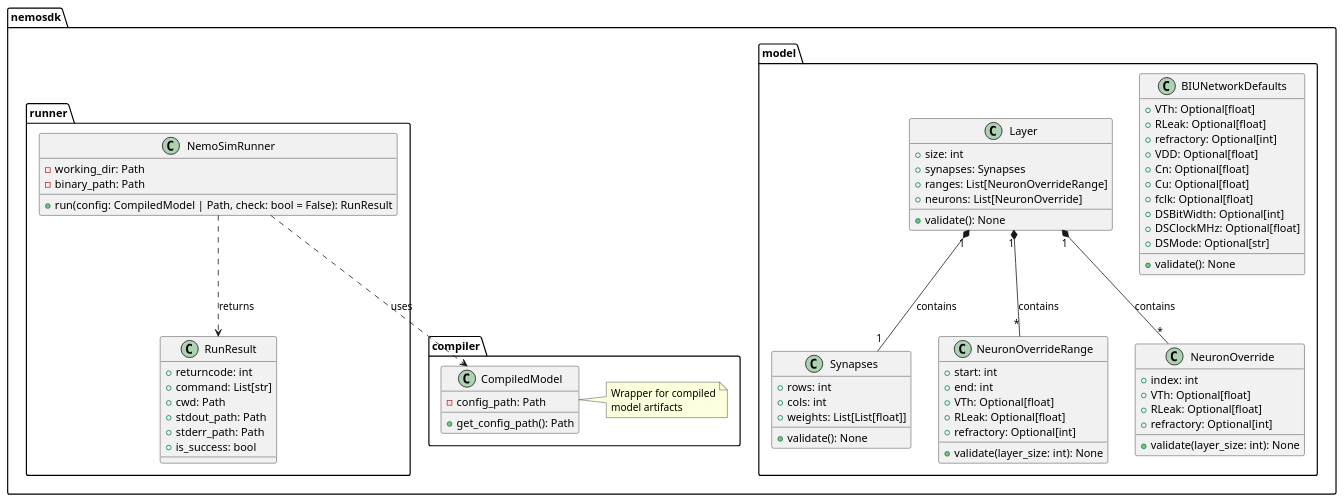
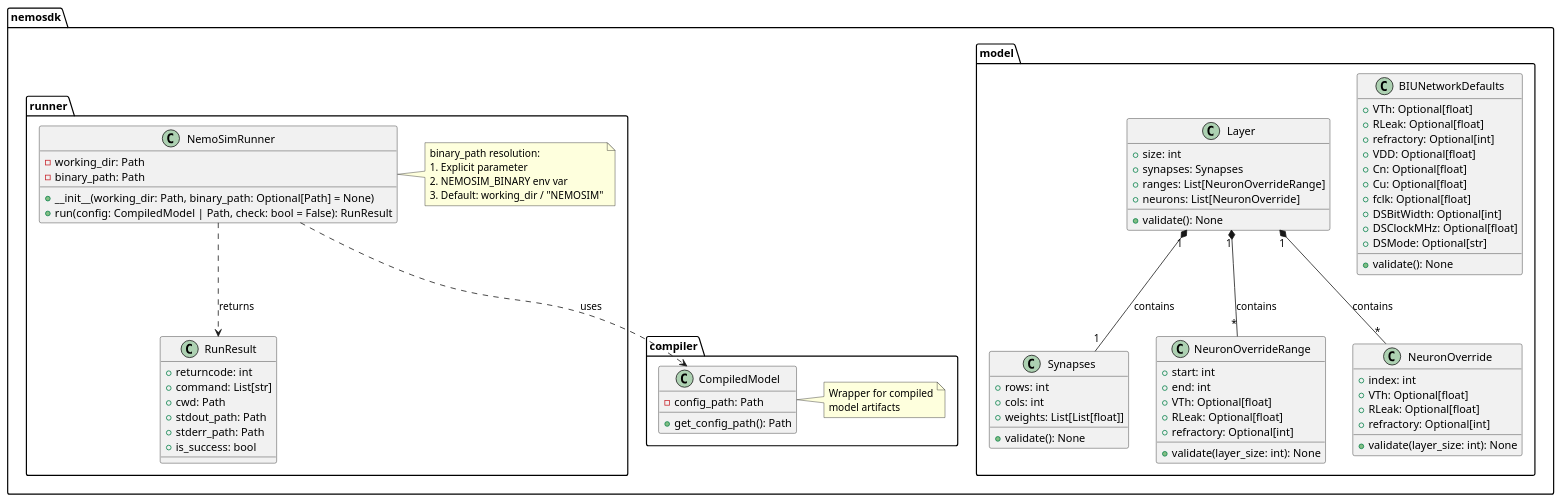
Before and after one commit to NemoSim/NemoSim: the diagram in docs/diagrams/class_diagram.puml, drawn with PlantUML. The commit also changed 5 other files, not shown here.

```diff
--- a/docs/diagrams/class_diagram.puml
+++ b/docs/diagrams/class_diagram.puml
@@ -1,86 +1,94 @@
 @startuml NemoSDK_Class_Diagram
 
 package "nemosdk.model" {
   class BIUNetworkDefaults {
     +VTh: Optional[float]
     +RLeak: Optional[float]
     +refractory: Optional[int]
     +VDD: Optional[float]
     +Cn: Optional[float]
     +Cu: Optional[float]
     +fclk: Optional[float]
     +DSBitWidth: Optional[int]
     +DSClockMHz: Optional[float]
     +DSMode: Optional[str]
     +validate(): None
   }
 
   class Synapses {
     +rows: int
     +cols: int
     +weights: List[List[float]]
     +validate(): None
   }
 
   class NeuronOverrideRange {
     +start: int
     +end: int
     +VTh: Optional[float]
     +RLeak: Optional[float]
     +refractory: Optional[int]
     +validate(layer_size: int): None
   }
 
   class NeuronOverride {
     +index: int
     +VTh: Optional[float]
     +RLeak: Optional[float]
     +refractory: Optional[int]
     +validate(layer_size: int): None
   }
 
   class Layer {
     +size: int
     +synapses: Synapses
     +ranges: List[NeuronOverrideRange]
     +neurons: List[NeuronOverride]
     +validate(): None
   }
 }
 
 package "nemosdk.compiler" {
   class CompiledModel {
     -config_path: Path
     +get_config_path(): Path
   }
   
   note right of CompiledModel
     Wrapper for compiled
     model artifacts
   end note
 }
 
 package "nemosdk.runner" {
   class NemoSimRunner {
     -working_dir: Path
     -binary_path: Path
+    +__init__(working_dir: Path, binary_path: Optional[Path] = None)
     +run(config: CompiledModel | Path, check: bool = False): RunResult
   }
+  
+  note right of NemoSimRunner
+    binary_path resolution:
+    1. Explicit parameter
+    2. NEMOSIM_BINARY env var
+    3. Default: working_dir / "NEMOSIM"
+  end note
 
   class RunResult {
     +returncode: int
     +command: List[str]
     +cwd: Path
     +stdout_path: Path
     +stderr_path: Path
     +is_success: bool
   }
 }
 
 Layer "1" *-- "1" Synapses : contains
 Layer "1" *-- "*" NeuronOverrideRange : contains
 Layer "1" *-- "*" NeuronOverride : contains
 NemoSimRunner ..> RunResult : returns
 NemoSimRunner ..> CompiledModel : uses
 
 @enduml
```
